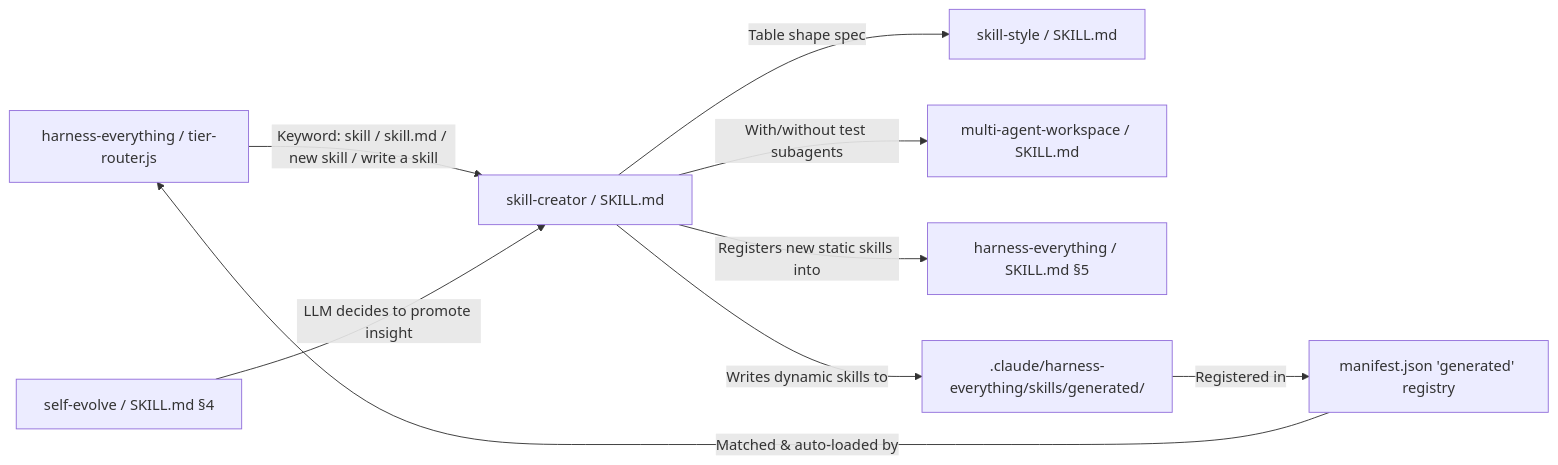
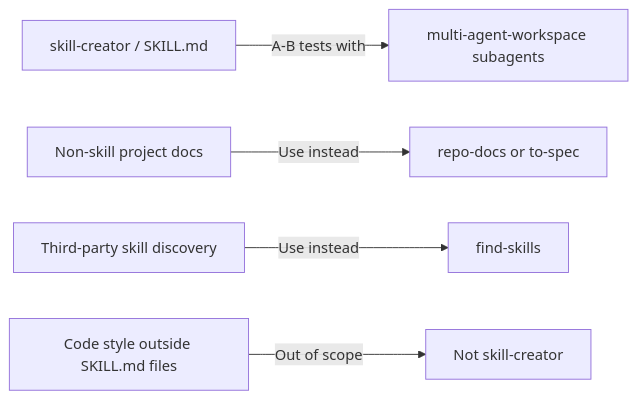
The fourth of 4 diagrams in docs/workflows/skill-creator.md (dyphn1/Harness-everything), drawn with Mermaid before and after one commit. The commit also changed other lines of this file and 16 other files, not shown here.

````diff
--- a/docs/workflows/skill-creator.md
+++ b/docs/workflows/skill-creator.md
@@ -32,11 +39,7 @@
 ```mermaid
 graph LR
-  Router["harness-everything / tier-router.js"] -->|Keyword: skill / skill.md / new skill / write a skill| Creator["skill-creator / SKILL.md"]
-  Creator -->|Table shape spec| SkillStyle["skill-style / SKILL.md"]
-  Creator -->|With/without test subagents| Launcher["multi-agent-workspace / SKILL.md"]
-  Creator -->|Registers new static skills into| Registry["harness-everything / SKILL.md §5"]
-  Evolve["self-evolve / SKILL.md §4"] -->|LLM decides to promote insight| Creator
-  Creator -->|Writes dynamic skills to| Generated[".claude/harness-everything/skills/generated/"]
-  Generated -->|Registered in| Manifest["manifest.json 'generated' registry"]
-  Manifest -->|Matched & auto-loaded by| Router
+  CreatorSkill2["skill-creator / SKILL.md"] -->|A-B tests with| MultiAgent["multi-agent-workspace subagents"]
+  NonSkillDocs["Non-skill project docs"] -->|Use instead| RepoDocs["repo-docs or to-spec"]
+  ThirdParty["Third-party skill discovery"] -->|Use instead| FindSkills["find-skills"]
+  StyleOnly["Code style outside SKILL.md files"] -->|Out of scope| NotCreator["Not skill-creator"]
 ```
````
